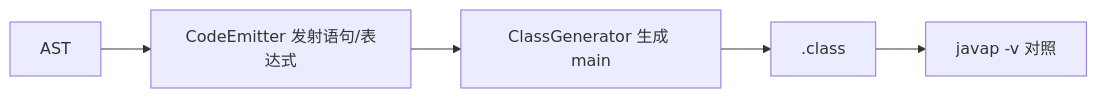
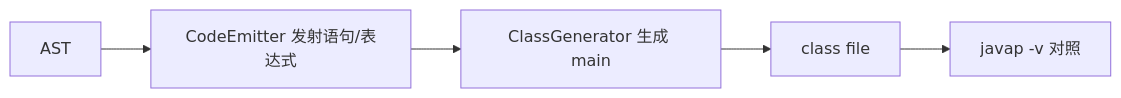
The first of 2 diagrams in docs/my-first-language/part-2-pipeline/07-codegen.md (xiangganLuo/my-language), drawn with Mermaid before and after one commit. The commit also changed other lines of this file and 21 other files, not shown here.

````diff
--- a/docs/my-first-language/part-2-pipeline/07-codegen.md
+++ b/docs/my-first-language/part-2-pipeline/07-codegen.md
@@ -22,7 +22,7 @@
 ```mermaid
-flowchart LR
+graph LR
   AST --> E[CodeEmitter 发射语句/表达式]
   E --> G[ClassGenerator 生成 main]
-  G --> C[.class]
+  G --> C[class file]
   C --> R[javap -v 对照]
 ```
````
